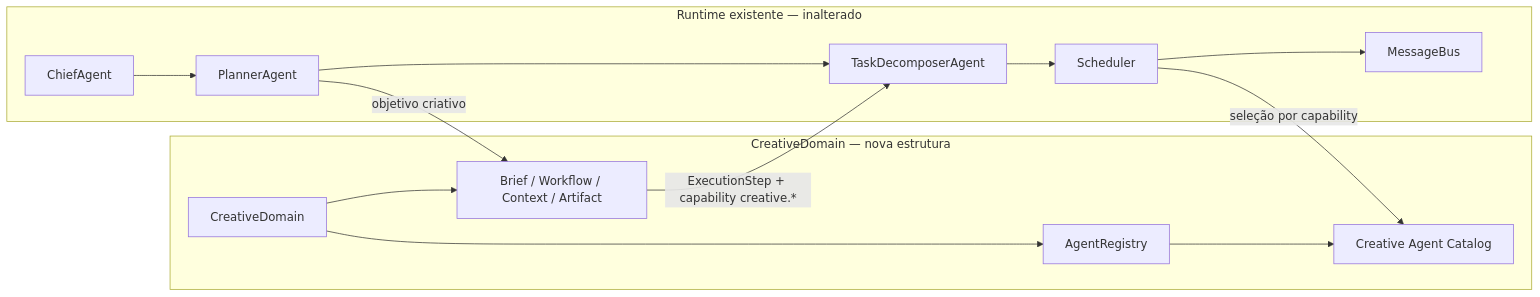
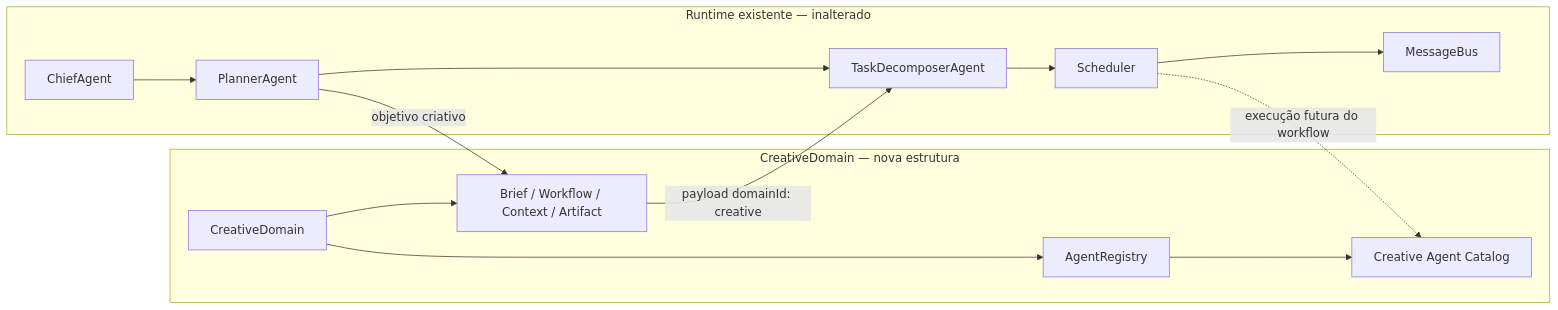
The second of 4 diagrams in docs/CREATIVE_DOMAIN.md (eltonjr13/kaoz.1), drawn with Mermaid before and after one commit. The commit also changed other lines of this file and 1 other file, not shown here.

Commit message:
docs: add architectural documentation for CreativeDomain and update multiagent runtime specifications

````diff
--- a/docs/CREATIVE_DOMAIN.md
+++ b/docs/CREATIVE_DOMAIN.md
@@ -44,23 +44,23 @@
 ```mermaid
 flowchart LR
     subgraph Runtime["Runtime existente — inalterado"]
         CH["ChiefAgent"] --> PL["PlannerAgent"]
         PL --> TD["TaskDecomposerAgent"]
         TD --> SC["Scheduler"]
         SC --> MB["MessageBus"]
     end
 
     subgraph Creative["CreativeDomain — nova estrutura"]
         REG["AgentRegistry"]
         DOM["CreativeDomain"]
         FUT["Creative Agent Catalog"]
         VAL["Brief / Workflow / Context / Artifact"]
         DOM --> REG
         REG --> FUT
         DOM --> VAL
     end
 
     PL -->|"objetivo criativo"| VAL
-    VAL -->|"ExecutionStep + capability creative.*"| TD
-    SC -->|"seleção por capability"| FUT
+    VAL -->|"payload domainId: creative"| TD
+    SC -. "execução futura do workflow" .-> FUT
 ```
````
